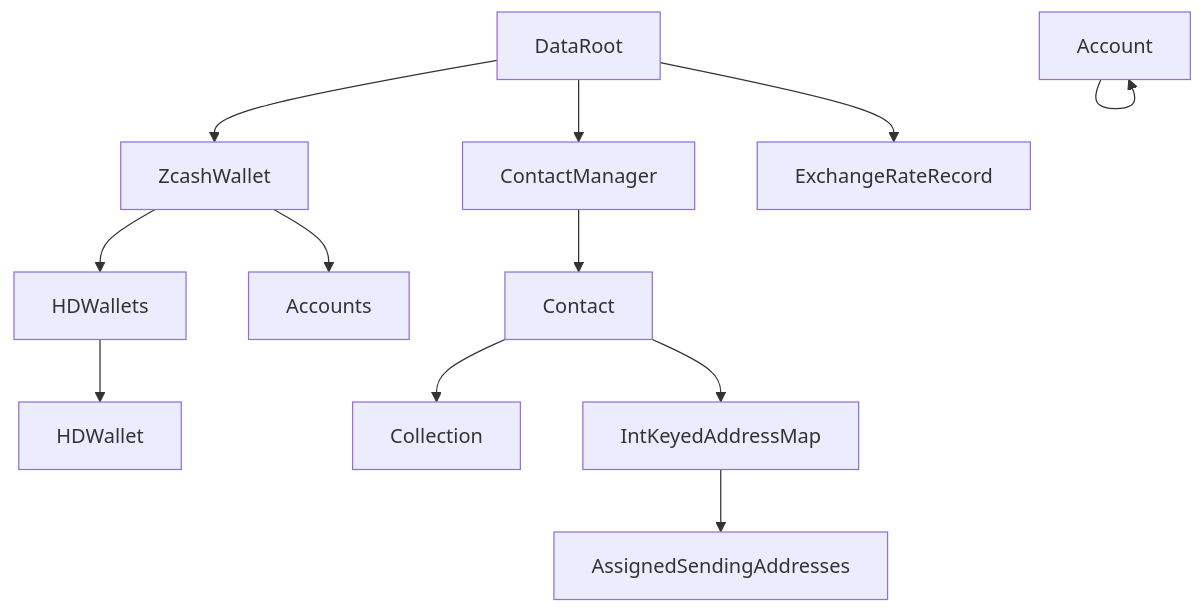
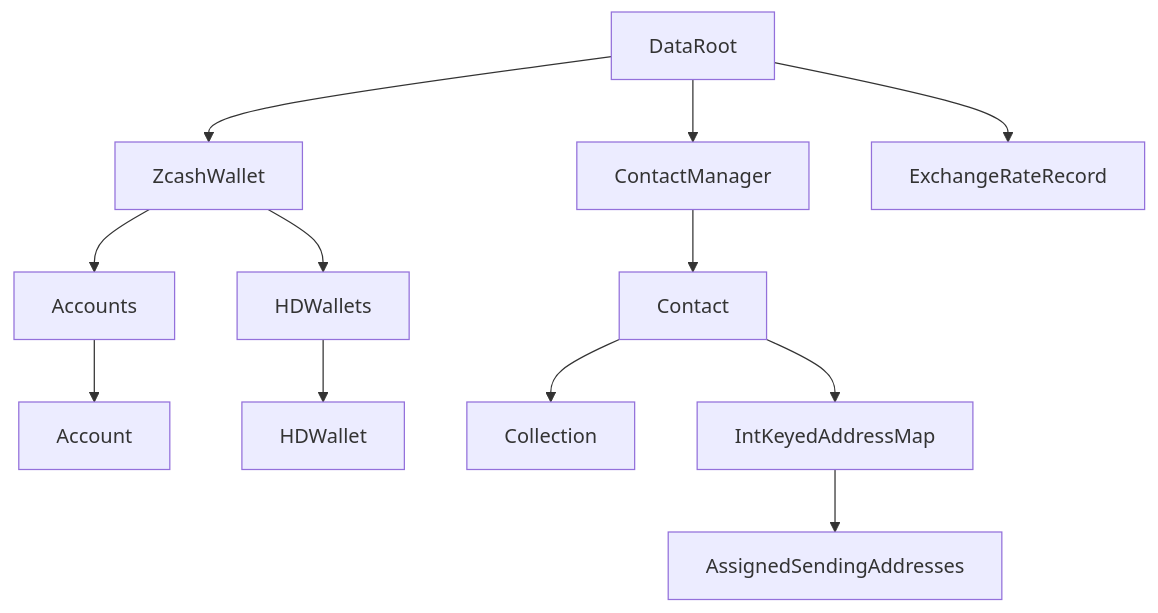
One commit to zingolabs/zcash-wallet-formats changed the diagram in ezcash/README.md. Above: the diagram before and after it, drawn with Mermaid.

````diff
--- a/ezcash/README.md
+++ b/ezcash/README.md
@@ -49,19 +49,19 @@
 ```mermaid
 flowchart TB
 DataRoot --> ZcashWallet
 DataRoot --> ContactManager
 DataRoot --> ExchangeRateRecord
 
 ZcashWallet --> HDWallets
 ZcashWallet --> Accounts
 
-Account --> Account
+Accounts --> Account
 HDWallets --> HDWallet
 
 ContactManager --> Contact
 
 Contact --> Collection
 Contact --> IntKeyedAddressMap
 
 IntKeyedAddressMap --> AssignedSendingAddresses
 ```
````
